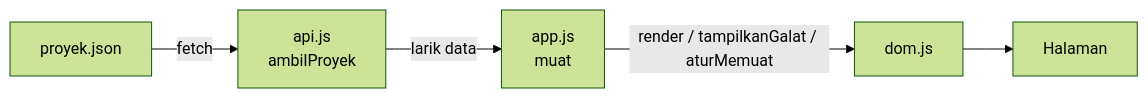
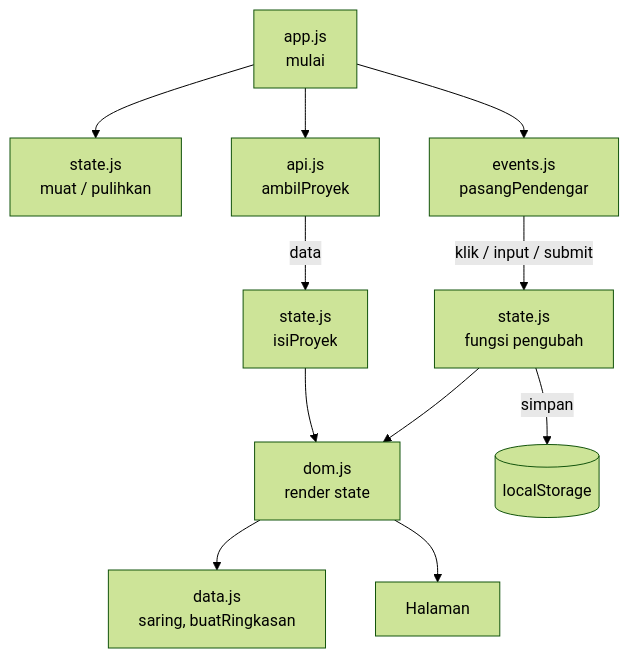
One commit to NAUFALcreator/Tugas-Pabw-1 changed the diagram in worksheet-p11/README.md. Above: the diagram before and after it, drawn with Mermaid (forest theme). The commit also changed other lines of this file, not shown here.

````diff
--- a/worksheet-p11/README.md
+++ b/worksheet-p11/README.md
@@ -43,7 +46,13 @@
 ```mermaid
-flowchart LR
-    A[proyek.json] -->|fetch| B[api.js<br/>ambilProyek]
-    B -->|larik data| C[app.js<br/>muat]
-    C -->|render / tampilkanGalat / aturMemuat| D[dom.js]
-    D --> E[Halaman]
+flowchart TD
+    A[app.js<br/>mulai] --> B[state.js<br/>muat / pulihkan]
+    A --> C[api.js<br/>ambilProyek]
+    A --> D[events.js<br/>pasangPendengar]
+    C -->|data| E[state.js<br/>isiProyek]
+    D -->|klik / input / submit| F[state.js<br/>fungsi pengubah]
+    E --> G[dom.js<br/>render state]
+    F -->|simpan| H[(localStorage)]
+    F --> G
+    G --> I[data.js<br/>saring, buatRingkasan]
+    G --> J[Halaman]
 ```
````
